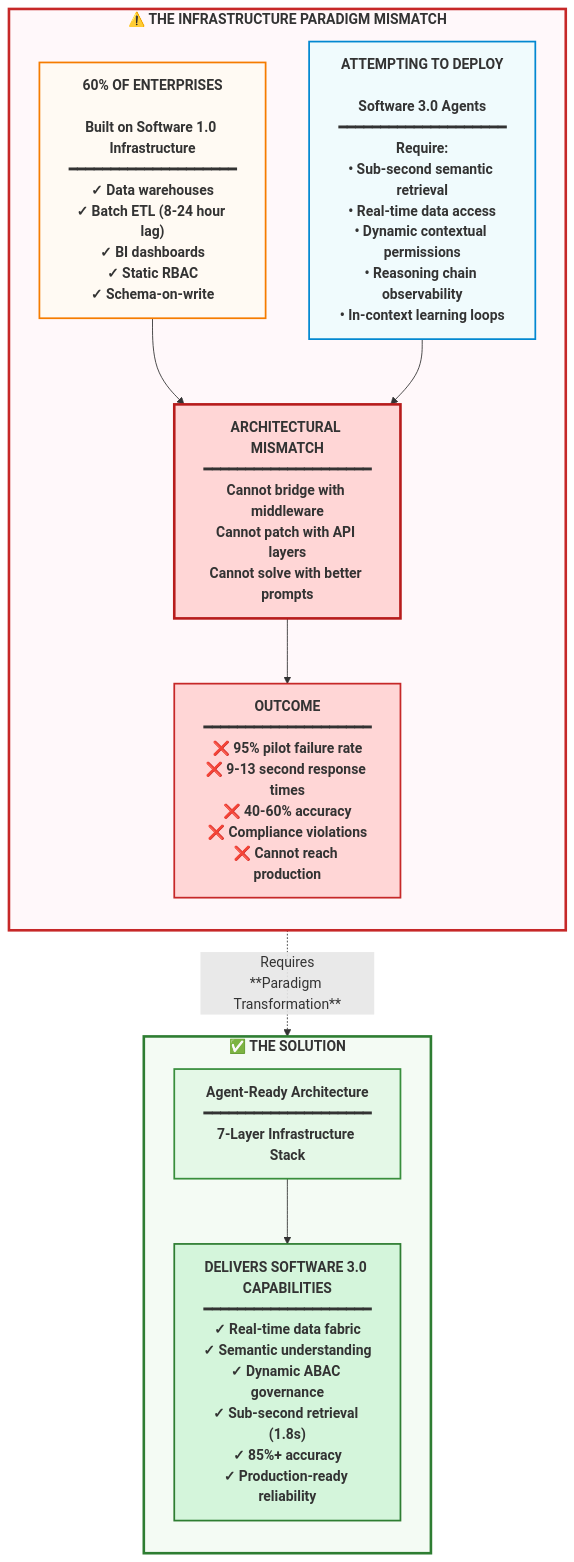
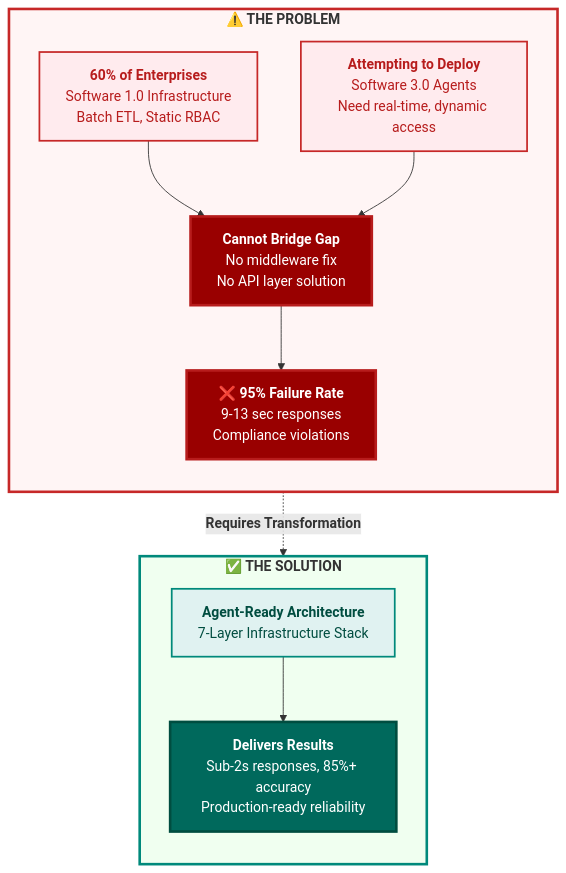
Before and after one commit to colaberry/enterprise-data-readiness-ai-agents: the second of 16 diagrams in chapter-01/chapter_1_complete.md, drawn with Mermaid. The commit also changed other lines of this file, not shown here.

First line of the commit message:
Chapter 1 updated with codex compliant mermaid diagrams

````diff
--- a/chapter-01/chapter_1_complete.md
+++ b/chapter-01/chapter_1_complete.md
@@ -196,42 +195,39 @@
 ```mermaid
 graph TB
-    subgraph challenge["`**⚠️  THE INFRASTRUCTURE PARADIGM MISMATCH**`"]
+    subgraph challenge["<b>⚠️  THE PROBLEM</b>"]
         direction TB
         
-        current["`**60% OF ENTERPRISES**<br/><br/>Built on Software 1.0 Infrastructure<br/>━━━━━━━━━━━━━━━━━━━━<br/>✓ Data warehouses<br/>✓ Batch ETL (8-24 hour lag)<br/>✓ BI dashboards<br/>✓ Static RBAC<br/>✓ Schema-on-write`"]
+        current["<b>60% of Enterprises</b><br/>Software 1.0 Infrastructure<br/>Batch ETL, Static RBAC"]
         
-        attempting["`**ATTEMPTING TO DEPLOY**<br/><br/>Software 3.0 Agents<br/>━━━━━━━━━━━━━━━━━━━━<br/>Require:<br/>• Sub-second semantic retrieval<br/>• Real-time data access<br/>• Dynamic contextual permissions<br/>• Reasoning chain observability<br/>• In-context learning loops`"]
+        attempting["<b>Attempting to Deploy</b><br/>Software 3.0 Agents<br/>Need real-time, dynamic access"]
         
-        gap["`**ARCHITECTURAL MISMATCH**<br/>━━━━━━━━━━━━━━━━━━━━<br/>Cannot bridge with middleware<br/>Cannot patch with API layers<br/>Cannot solve with better prompts`"]
+        gap["<b>Cannot Bridge Gap</b><br/>No middleware fix<br/>No API layer solution"]
         
-        result["`**OUTCOME**<br/>━━━━━━━━━━━━━━━━━━━━<br/>❌ 95% pilot failure rate<br/>❌ 9-13 second response times<br/>❌ 40-60% accuracy<br/>❌ Compliance violations<br/>❌ Cannot reach production`"]
+        result["<b>❌ 95% Failure Rate</b><br/>9-13 sec responses<br/>Compliance violations"]
         
         current --> gap
         attempting --> gap
         gap --> result
     end
     
-    subgraph solution["`**✅  THE SOLUTION**`"]
+    subgraph solution["<b>✅  THE SOLUTION</b>"]
         direction TB
         
-        transform["`**Agent-Ready Architecture**<br/>━━━━━━━━━━━━━━━━━━━━<br/>7-Layer Infrastructure Stack`"]
+        transform["<b>Agent-Ready Architecture</b><br/>7-Layer Infrastructure Stack"]
         
-        delivers["`**DELIVERS SOFTWARE 3.0 CAPABILITIES**<br/>━━━━━━━━━━━━━━━━━━━━<br/>✓ Real-time data fabric<br/>✓ Semantic understanding<br/>✓ Dynamic ABAC governance<br/>✓ Sub-second retrieval (1.8s)<br/>✓ 85%+ accuracy<br/>✓ Production-ready reliability`"]
+        delivers["<b>Delivers Results</b><br/>Sub-2s responses, 85%+ accuracy<br/>Production-ready reliability"]
         
         transform --> delivers
     end
     
-    result -.->|Requires<br/>**Paradigm Transformation**| transform
+    result -.->|"<b>Requires Transformation</b>"| transform
 
-    style challenge fill:#fff8fa,stroke:#c62828,stroke-width:3px
-    style current fill:#fffaf3,stroke:#f57c00,stroke-width:2px
-    style attempting fill:#f0fbfd,stroke:#0288d1,stroke-width:2px
-    style gap fill:#ffd6d6,stroke:#b71c1c,stroke-width:3px,color:#333
-    style result fill:#ffd6d6,stroke:#c62828,stroke-width:2px,color:#333
-    style solution fill:#f4fbf4,stroke:#2e7d32,stroke-width:3px
-    style transform fill:#e4f8e7,stroke:#388e3c,stroke-width:2px
-    style delivers fill:#d4f5db,stroke:#2e7d32,stroke-width:2px
-
-    classDef bold font-weight:bold;
-    class current,attempting,gap,result,transform,delivers bold;
+    style challenge fill:#fff5f5,stroke:#c62828,stroke-width:3px
+    style current fill:#ffebee,stroke:#c62828,stroke-width:2px,color:#b71c1c
+    style attempting fill:#ffebee,stroke:#c62828,stroke-width:2px,color:#b71c1c
+    style gap fill:#990000,color:#ffffff,stroke:#b71c1c,stroke-width:3px
+    style result fill:#990000,color:#ffffff,stroke:#b71c1c,stroke-width:3px
+    style solution fill:#f0fff0,stroke:#00897b,stroke-width:3px
+    style transform fill:#e0f2f1,stroke:#00897b,stroke-width:2px,color:#004d40
+    style delivers fill:#00695c,color:#ffffff,stroke:#004d40,stroke-width:3px
 ```
````
